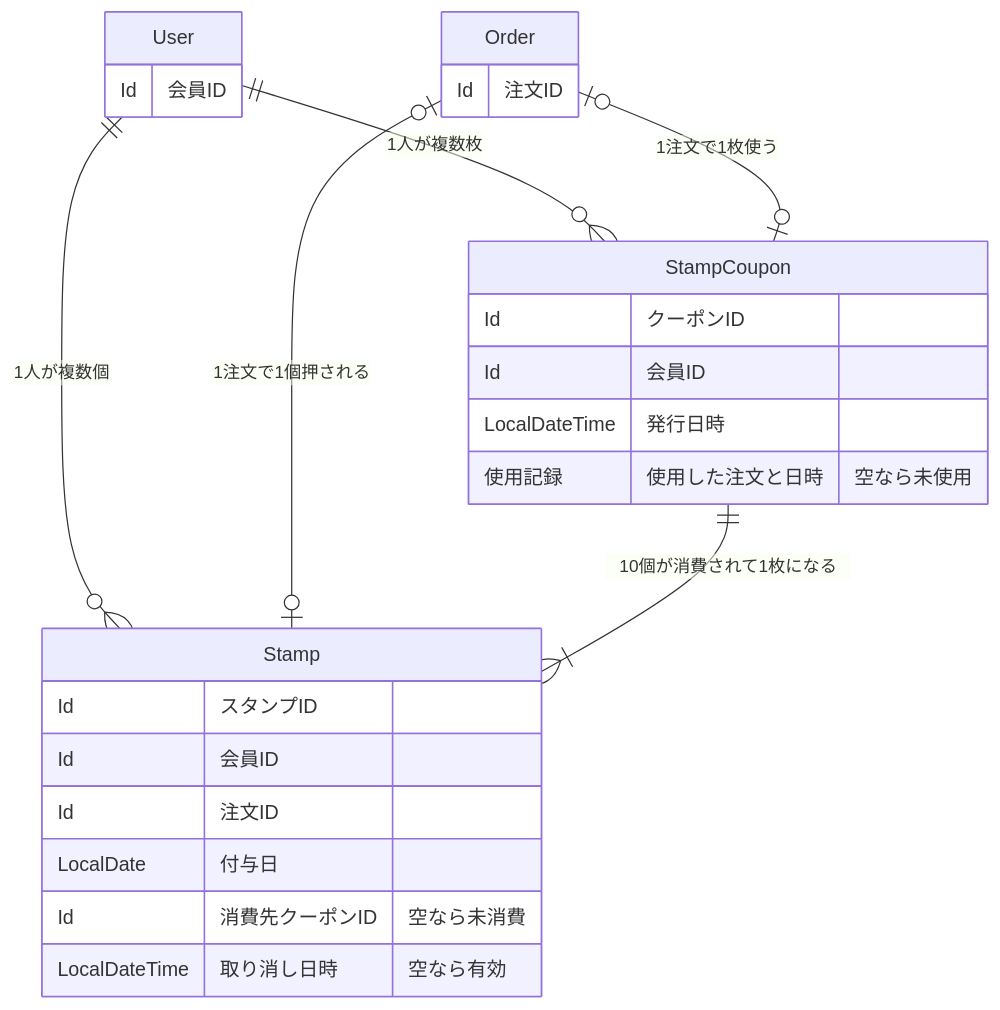
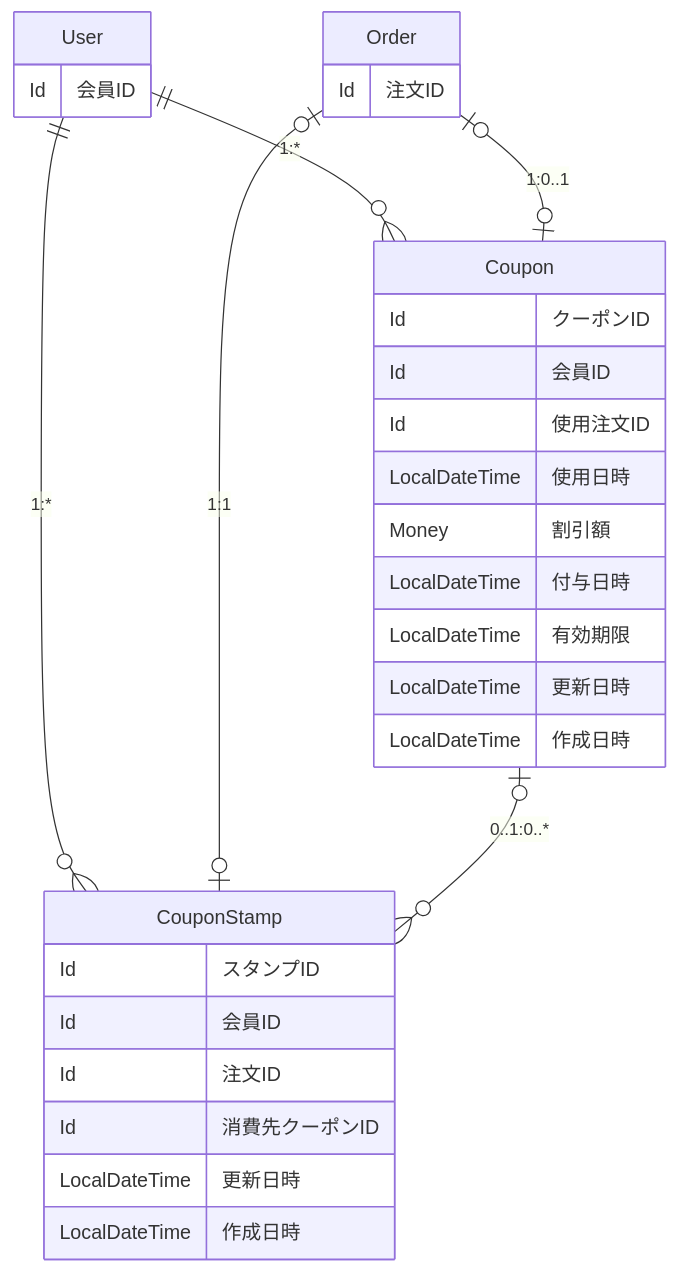
Before and after one commit to uekan-source/education-book-scala-app: the diagram in docs/domain/stampCard/03_design.md, drawn with Mermaid. The commit also changed other lines of this file, not shown here.

````diff
--- a/docs/domain/stampCard/03_design.md
+++ b/docs/domain/stampCard/03_design.md
@@ -41,29 +37,34 @@
 ```mermaid
 erDiagram
-    User        ||--o{ Stamp       : "1人が複数個"
-    User        ||--o{ StampCoupon : "1人が複数枚"
-    Order       |o--o| Stamp       : "1注文で1個押される"
-    StampCoupon ||--|{ Stamp       : "10個が消費されて1枚になる"
-    Order       |o--o| StampCoupon : "1注文で1枚使う"
+    User   ||--o{ CouponStamp : "1:*"
+    User   ||--o{ Coupon      : "1:*"
+    Order  |o--o| CouponStamp : "1:1"
+    Coupon |o--o{ CouponStamp : "0..1:0..*"
+    Order  |o--o| Coupon      : "1:0..1"
 
     User {
         Id 会員ID
     }
     Order {
         Id 注文ID
     }
-    Stamp {
+    CouponStamp {
         Id スタンプID
         Id 会員ID
         Id 注文ID
-        LocalDate 付与日
-        Id 消費先クーポンID "空なら未消費"
-        LocalDateTime 取り消し日時 "空なら有効"
+        Id 消費先クーポンID
+        LocalDateTime 更新日時
+        LocalDateTime 作成日時
     }
-    StampCoupon {
+    Coupon {
         Id クーポンID
         Id 会員ID
-        LocalDateTime 発行日時
-        使用記録 使用した注文と日時 "空なら未使用"
+        Id 使用注文ID
+        LocalDateTime 使用日時
+        Money 割引額
+        LocalDateTime 付与日時
+        LocalDateTime 有効期限
+        LocalDateTime 更新日時
+        LocalDateTime 作成日時
     }
 ```
````
